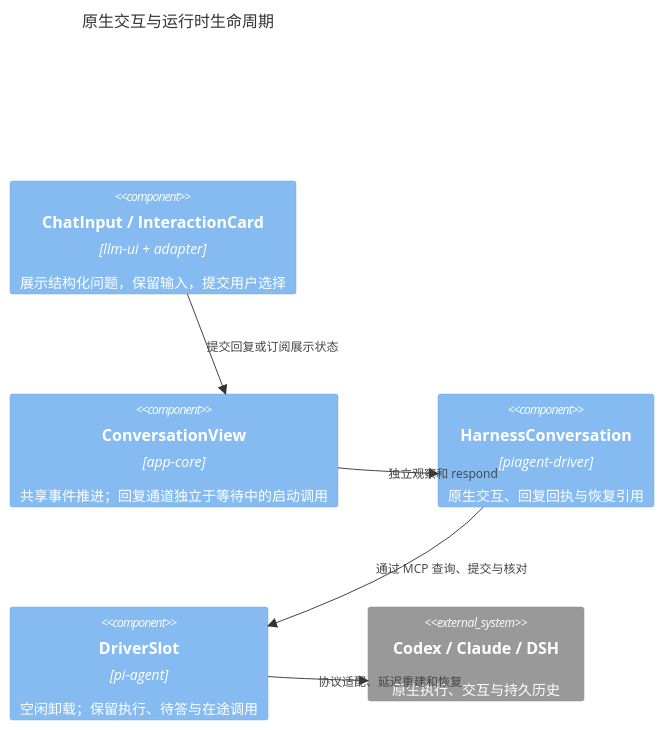
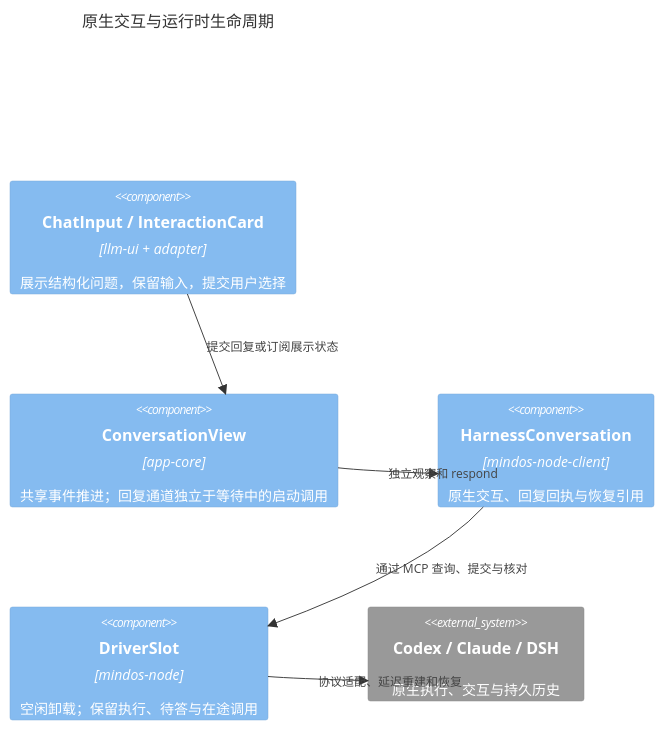
One commit to mushuanli/NestOS changed the fourth of 6 diagrams in doc/design/vfs-session-browser.md. Above: the diagram before and after it, drawn with Mermaid. The commit also changed other lines of this file and 113 other files, not shown here.

Commit message:
refactor(mindos-node): migrate service and client naming across workspaces

````diff
--- a/doc/design/vfs-session-browser.md
+++ b/doc/design/vfs-session-browser.md
@@ -413,13 +413,13 @@
 ```mermaid
 C4Component
   title 原生交互与运行时生命周期
   Component(ui, "ChatInput / InteractionCard", "llm-ui + adapter", "展示结构化问题，保留输入，提交用户选择")
   Component(view, "ConversationView", "app-core", "共享事件推进；回复通道独立于等待中的启动调用")
-  Component(driver, "HarnessConversation", "piagent-driver", "原生交互、回复回执与恢复引用")
-  Component(slot, "DriverSlot", "pi-agent", "空闲卸载；保留执行、待答与在途调用")
+  Component(driver, "HarnessConversation", "mindos-node-client", "原生交互、回复回执与恢复引用")
+  Component(slot, "DriverSlot", "mindos-node", "空闲卸载；保留执行、待答与在途调用")
   System_Ext(native, "Codex / Claude / DSH", "原生执行、交互与持久历史")
   Rel(ui, view, "提交回复或订阅展示状态")
   Rel(view, driver, "独立观察和 respond")
   Rel(driver, slot, "通过 MCP 查询、提交与核对")
   Rel(slot, native, "协议适配、延迟重建和恢复")
 ```
````
